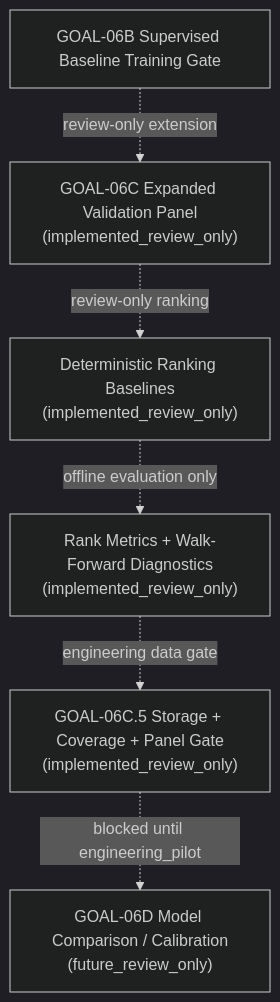
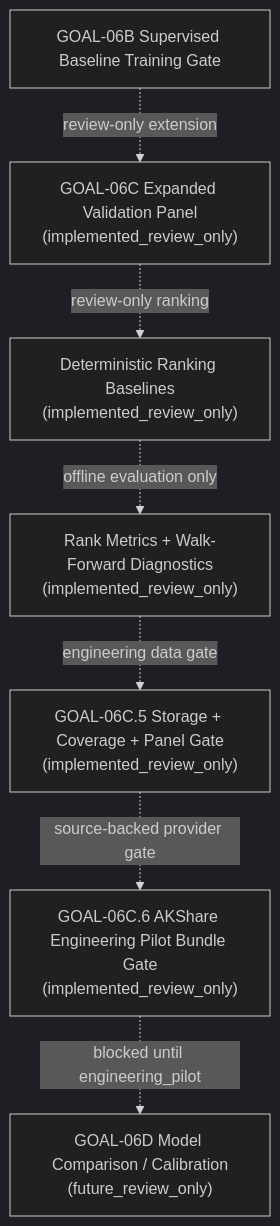
The second of 2 diagrams in README.md (RyanLu0203/A_share_premarket_core), drawn with Mermaid (dark theme) before and after one commit. The commit also changed other lines of this file and 89 other files, not shown here.

Commit message:
Add GOAL-06C.6 source-backed ingestion gate

````diff
--- a/README.md
+++ b/README.md
@@ -67,8 +69,9 @@
 ```mermaid
 flowchart TD
     A["GOAL-06B Supervised Baseline Training Gate"] -. "review-only extension" .-> B["GOAL-06C Expanded Validation Panel<br/>(implemented_review_only)"]
     B -. "review-only ranking" .-> C["Deterministic Ranking Baselines<br/>(implemented_review_only)"]
     C -. "offline evaluation only" .-> D["Rank Metrics + Walk-Forward Diagnostics<br/>(implemented_review_only)"]
     D -. "engineering data gate" .-> E["GOAL-06C.5 Storage + Coverage + Panel Gate<br/>(implemented_review_only)"]
-    E -. "blocked until engineering_pilot" .-> F["GOAL-06D Model Comparison / Calibration<br/>(future_review_only)"]
+    E -. "source-backed provider gate" .-> G["GOAL-06C.6 AKShare Engineering Pilot Bundle Gate<br/>(implemented_review_only)"]
+    G -. "blocked until engineering_pilot" .-> F["GOAL-06D Model Comparison / Calibration<br/>(future_review_only)"]
 ```
````
